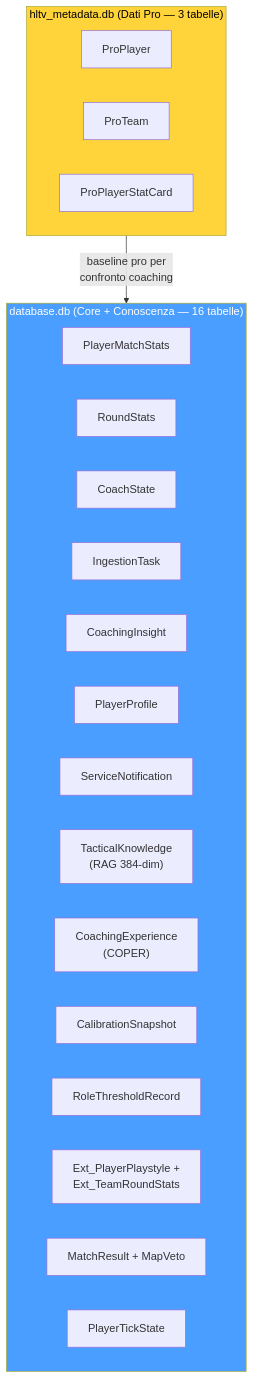
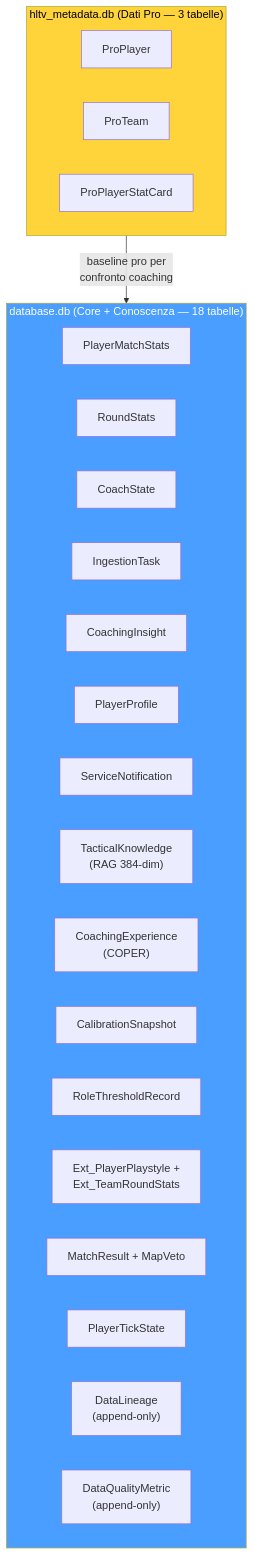
The first of 55 diagrams in docs/Book-Coach-3.md (renanaugustomacena-ux/Counter-Strike-coach-AI), drawn with Mermaid before and after one commit. The commit also changed other lines of this file and 1 other file, not shown here.

````diff
--- a/docs/Book-Coach-3.md
+++ b/docs/Book-Coach-3.md
@@ -10,27 +10,29 @@
 ```mermaid
 flowchart TB
-    subgraph DB1["database.db (Core + Conoscenza — 16 tabelle)"]
+    subgraph DB1["database.db (Core + Conoscenza — 18 tabelle)"]
         PMS_DB["PlayerMatchStats"]
         RS_DB["RoundStats"]
         CS_DB["CoachState"]
         IT_DB["IngestionTask"]
         CI_DB["CoachingInsight"]
         PP_DB["PlayerProfile"]
         SN_DB["ServiceNotification"]
         TK_DB["TacticalKnowledge<br/>(RAG 384-dim)"]
         CE_DB["CoachingExperience<br/>(COPER)"]
         CALIB["CalibrationSnapshot"]
         ROLE_TH["RoleThresholdRecord"]
         EXT_DB["Ext_PlayerPlaystyle +<br/>Ext_TeamRoundStats"]
         MATCH_DB["MatchResult + MapVeto"]
         PTS_DB["PlayerTickState"]
+        DL_DB["DataLineage<br/>(append-only)"]
+        DQM_DB["DataQualityMetric<br/>(append-only)"]
     end
     subgraph DB2["hltv_metadata.db (Dati Pro — 3 tabelle)"]
         PRO_DB["ProPlayer"]
         TEAM_DB["ProTeam"]
         STAT_DB["ProPlayerStatCard"]
     end
     DB2 -->|"baseline pro per<br/>confronto coaching"| DB1
     style DB1 fill:#4a9eff,color:#fff
     style DB2 fill:#ffd43b,color:#000
 ```
````
